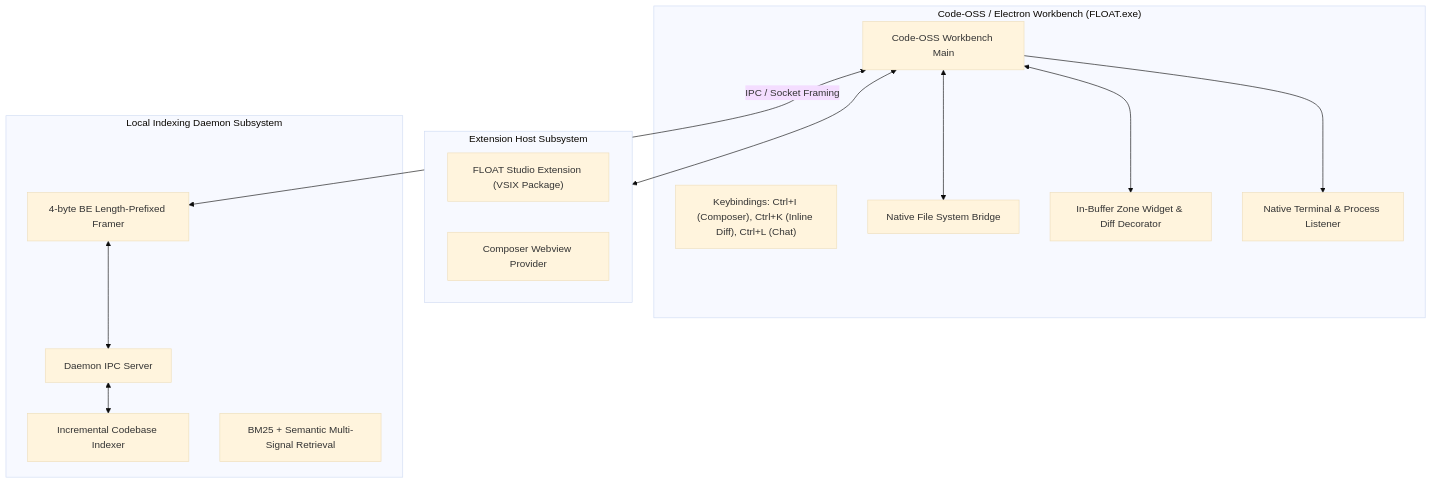
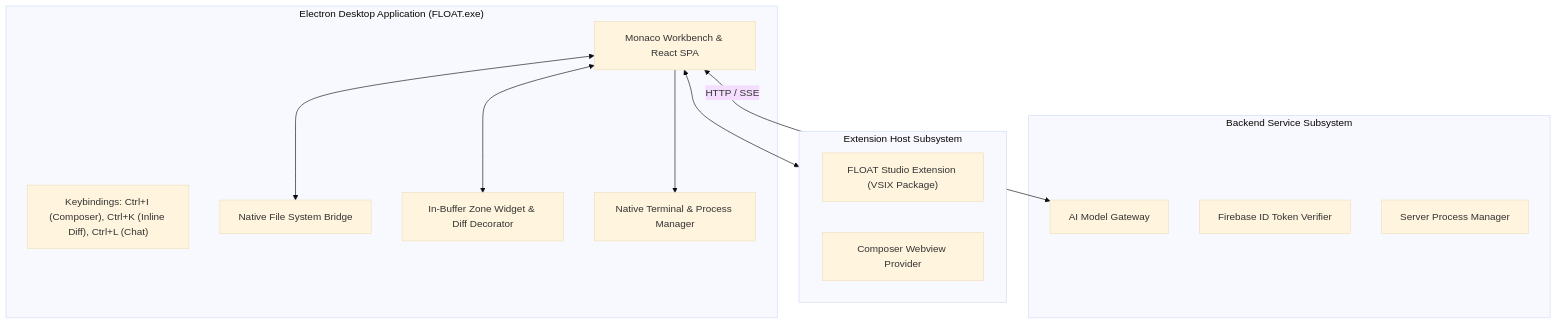
Before and after one commit to hemarbaghel-ux/float-studio: the diagram in docs/engineering/PHASE_6_DESKTOP_APPLICATION.md, drawn with Mermaid (base theme). The commit also changed other lines of this file and 8233 other files, not shown here.

Commit message:
feat(phase2a): implement hosted express backend, firebase auth enforcement, and desktop system-browser flow

````diff
--- a/docs/engineering/PHASE_6_DESKTOP_APPLICATION.md
+++ b/docs/engineering/PHASE_6_DESKTOP_APPLICATION.md
@@ -11,30 +11,27 @@
 ```mermaid
 flowchart TD
-    subgraph Electron ["Code-OSS / Electron Workbench (FLOAT.exe)"]
-        Workbench[Code-OSS Workbench Main]
+    subgraph Electron ["Electron Desktop Application (FLOAT.exe)"]
+        Workbench[Monaco Workbench & React SPA]
         Keybindings["Keybindings: Ctrl+I (Composer), Ctrl+K (Inline Diff), Ctrl+L (Chat)"]
         NativeFs[Native File System Bridge]
         InlineDiffWidget[In-Buffer Zone Widget & Diff Decorator]
-        Terminal[Native Terminal & Process Listener]
+        Terminal[Native Terminal & Process Manager]
     end
 
     subgraph ExtensionHost ["Extension Host Subsystem"]
         VSCodiumPoC["FLOAT Studio Extension (VSIX Package)"]
         ComposerWebview[Composer Webview Provider]
     end
 
-    subgraph DaemonProcess ["Local Indexing Daemon Subsystem"]
-        DaemonServer[Daemon IPC Server]
-        DaemonFramer[4-byte BE Length-Prefixed Framer]
-        WorkspaceIndexer[Incremental Codebase Indexer]
-        HybridRetrieval[BM25 + Semantic Multi-Signal Retrieval]
+    subgraph BackendService ["Backend Service Subsystem"]
+        ModelGateway[AI Model Gateway]
+        TokenVerifier[Firebase ID Token Verifier]
+        ProcessManager[Server Process Manager]
     end
 
-    Workbench <-->|IPC / Socket Framing| DaemonFramer
-    DaemonFramer <--> DaemonServer
-    DaemonServer <--> WorkspaceIndexer
+    Workbench <-->|HTTP / SSE| ModelGateway
     Workbench <--> NativeFs
     Workbench --> Terminal
     Workbench <--> InlineDiffWidget
     Workbench <--> ExtensionHost
 ```
````
